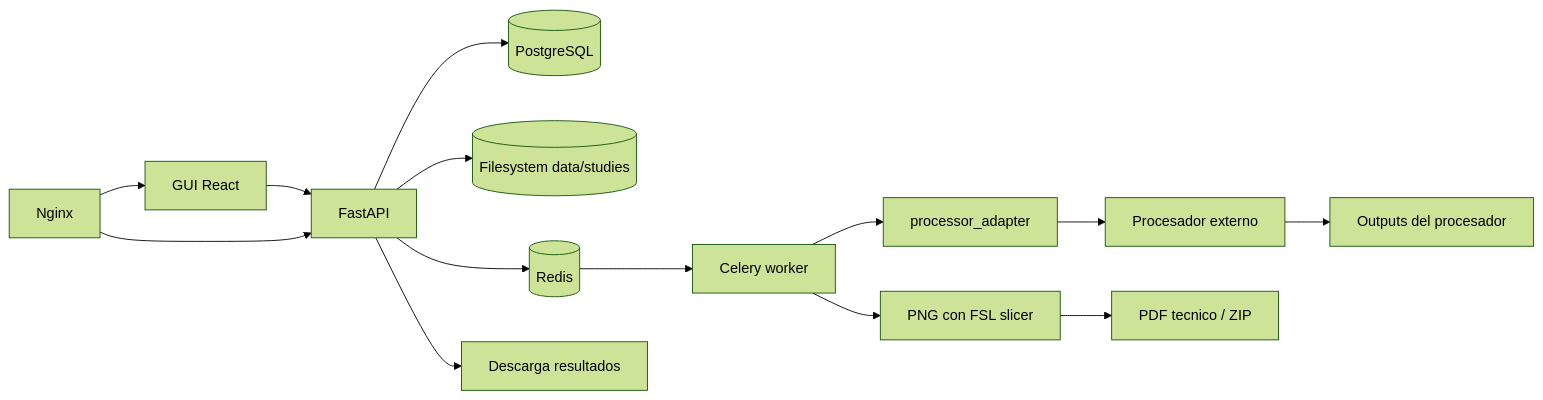
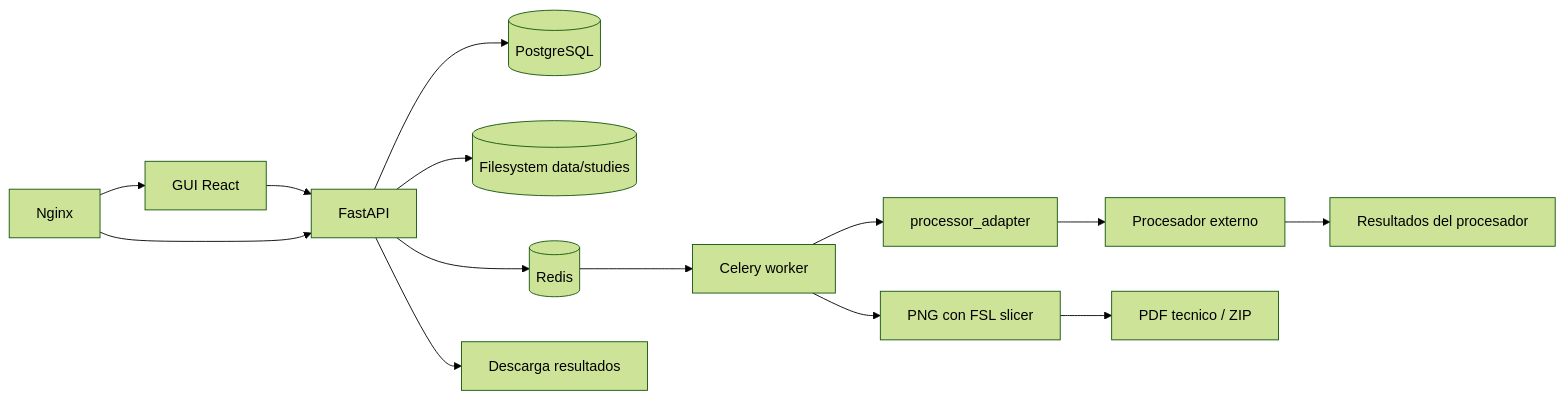
Before and after one commit to suhartx/neuroimagen-server-biocruces: the diagram in README.md, drawn with Mermaid (forest theme). The commit also changed other lines of this file and 17 other files, not shown here.

````diff
--- a/README.md
+++ b/README.md
@@ -11,16 +11,16 @@
 ```mermaid
 flowchart LR
   GUI[GUI React] --> API[FastAPI]
   API --> DB[(PostgreSQL)]
   API --> FS[(Filesystem data/studies)]
   API --> Redis[(Redis)]
   Redis --> Worker[Celery worker]
   Worker --> Adapter[processor_adapter]
   Adapter --> CLI[Procesador externo]
-  CLI --> Outputs[Outputs del procesador]
+  CLI --> Outputs[Resultados del procesador]
   Worker --> Render[PNG con FSL slicer]
   Render --> Artifacts[PDF tecnico / ZIP]
   API --> Download[Descarga resultados]
   Proxy[Nginx] --> GUI
   Proxy --> API
 ```
````
